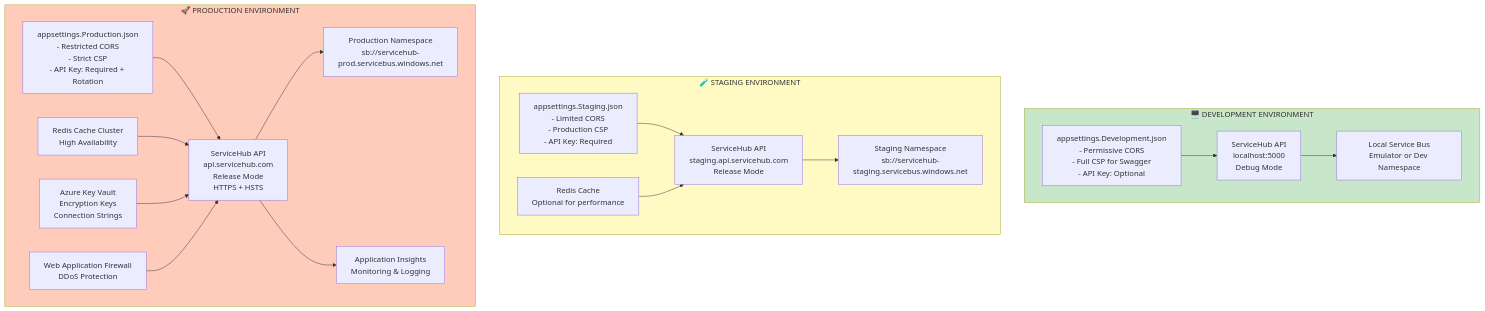
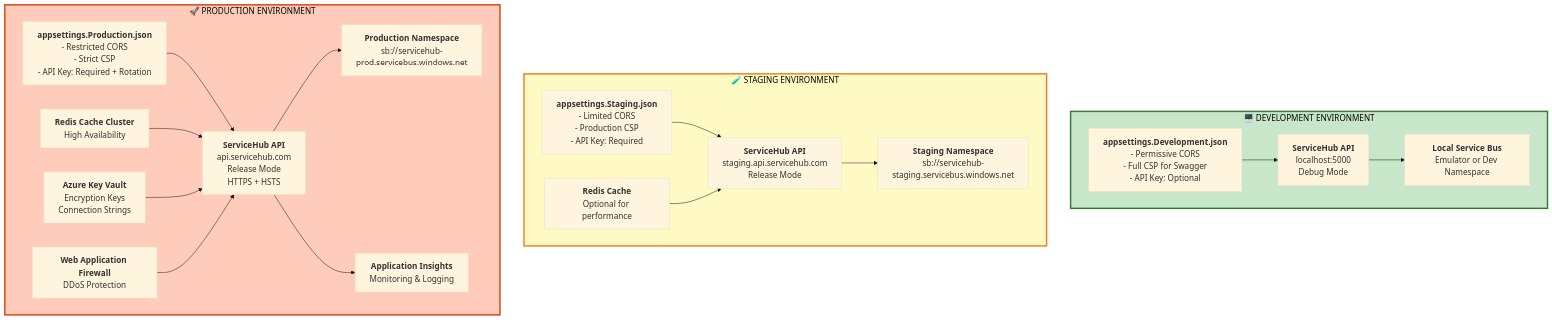
One commit to debdevops/servicehub changed diagram 12 of 12 in services/api/ARCHITECTURE.md. Above: the diagram before and after it, drawn with Mermaid. The commit also changed other lines of this file, not shown here.

````diff
--- a/services/api/ARCHITECTURE.md
+++ b/services/api/ARCHITECTURE.md
@@ -648,43 +647,44 @@
 ```mermaid
+%%{init: {'theme':'base', 'themeVariables': { 'fontSize':'17px'}}}%%
 graph TB
     subgraph Development["🖥️ DEVELOPMENT ENVIRONMENT"]
-        DEV_API["ServiceHub API<br/>localhost:5000<br/>Debug Mode"]
-        DEV_SB["Local Service Bus<br/>Emulator or Dev Namespace"]
-        DEV_CONFIG["appsettings.Development.json<br/>- Permissive CORS<br/>- Full CSP for Swagger<br/>- API Key: Optional"]
+        DEV_API["<b>ServiceHub API</b><br/>localhost:5000<br/>Debug Mode"]
+        DEV_SB["<b>Local Service Bus</b><br/>Emulator or Dev Namespace"]
+        DEV_CONFIG["<b>appsettings.Development.json</b><br/>- Permissive CORS<br/>- Full CSP for Swagger<br/>- API Key: Optional"]
     end
 
     subgraph Staging["🧪 STAGING ENVIRONMENT"]
-        STAG_API["ServiceHub API<br/>staging.api.servicehub.com<br/>Release Mode"]
-        STAG_SB["Staging Namespace<br/>sb://servicehub-staging.servicebus.windows.net"]
-        STAG_CONFIG["appsettings.Staging.json<br/>- Limited CORS<br/>- Production CSP<br/>- API Key: Required"]
-        STAG_CACHE["Redis Cache<br/>Optional for performance"]
+        STAG_API["<b>ServiceHub API</b><br/>staging.api.servicehub.com<br/>Release Mode"]
+        STAG_SB["<b>Staging Namespace</b><br/>sb://servicehub-staging.servicebus.windows.net"]
+        STAG_CONFIG["<b>appsettings.Staging.json</b><br/>- Limited CORS<br/>- Production CSP<br/>- API Key: Required"]
+        STAG_CACHE["<b>Redis Cache</b><br/>Optional for performance"]
     end
 
     subgraph Production["🚀 PRODUCTION ENVIRONMENT"]
-        PROD_API["ServiceHub API<br/>api.servicehub.com<br/>Release Mode<br/>HTTPS + HSTS"]
-        PROD_SB["Production Namespace<br/>sb://servicehub-prod.servicebus.windows.net"]
-        PROD_CONFIG["appsettings.Production.json<br/>- Restricted CORS<br/>- Strict CSP<br/>- API Key: Required + Rotation"]
-        PROD_CACHE["Redis Cache Cluster<br/>High Availability"]
-        PROD_KV["Azure Key Vault<br/>Encryption Keys<br/>Connection Strings"]
-        MONITOR["Application Insights<br/>Monitoring & Logging"]
-        WAF["Web Application Firewall<br/>DDoS Protection"]
+        PROD_API["<b>ServiceHub API</b><br/>api.servicehub.com<br/>Release Mode<br/>HTTPS + HSTS"]
+        PROD_SB["<b>Production Namespace</b><br/>sb://servicehub-prod.servicebus.windows.net"]
+        PROD_CONFIG["<b>appsettings.Production.json</b><br/>- Restricted CORS<br/>- Strict CSP<br/>- API Key: Required + Rotation"]
+        PROD_CACHE["<b>Redis Cache Cluster</b><br/>High Availability"]
+        PROD_KV["<b>Azure Key Vault</b><br/>Encryption Keys<br/>Connection Strings"]
+        MONITOR["<b>Application Insights</b><br/>Monitoring & Logging"]
+        WAF["<b>Web Application Firewall</b><br/>DDoS Protection"]
     end
 
     DEV_API --> DEV_SB
     DEV_CONFIG --> DEV_API
     
     STAG_API --> STAG_SB
     STAG_CONFIG --> STAG_API
     STAG_CACHE --> STAG_API
     
     PROD_API --> PROD_SB
     PROD_CONFIG --> PROD_API
     PROD_CACHE --> PROD_API
     PROD_KV --> PROD_API
     PROD_API --> MONITOR
     WAF --> PROD_API
 
-    style Development fill:#c8e6c9
-    style Staging fill:#fff9c4
-    style Production fill:#ffccbc
+    style Development fill:#c8e6c9,stroke:#2e7d32,stroke-width:3px
+    style Staging fill:#fff9c4,stroke:#f57f17,stroke-width:3px
+    style Production fill:#ffccbc,stroke:#d84315,stroke-width:3px
 ```
````
